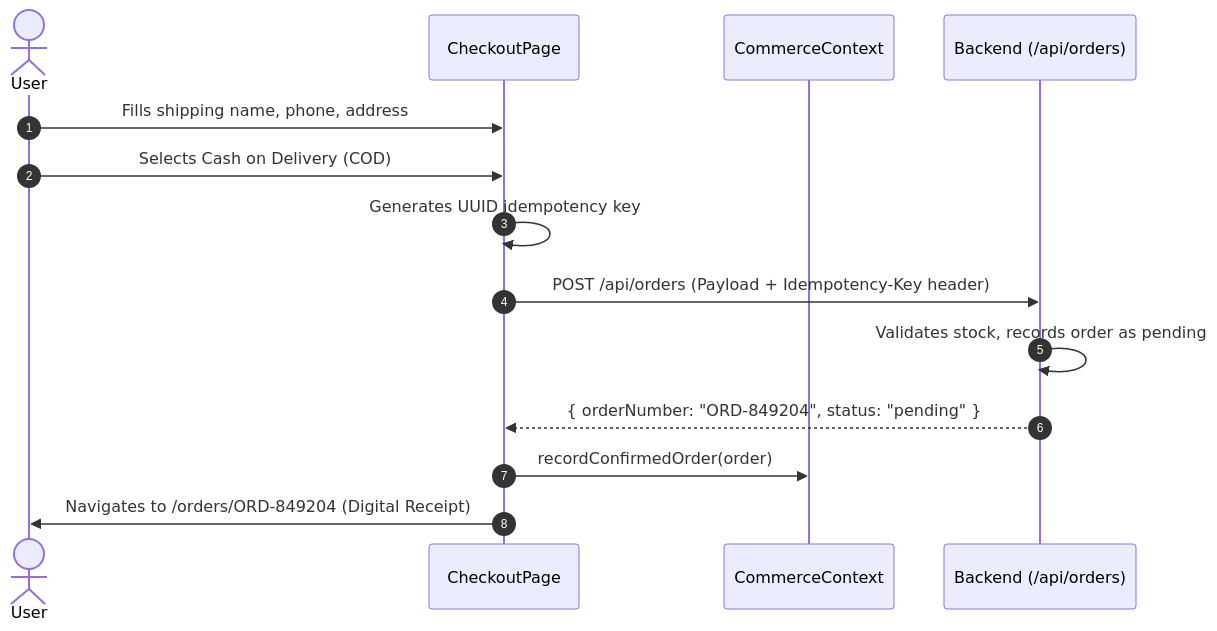
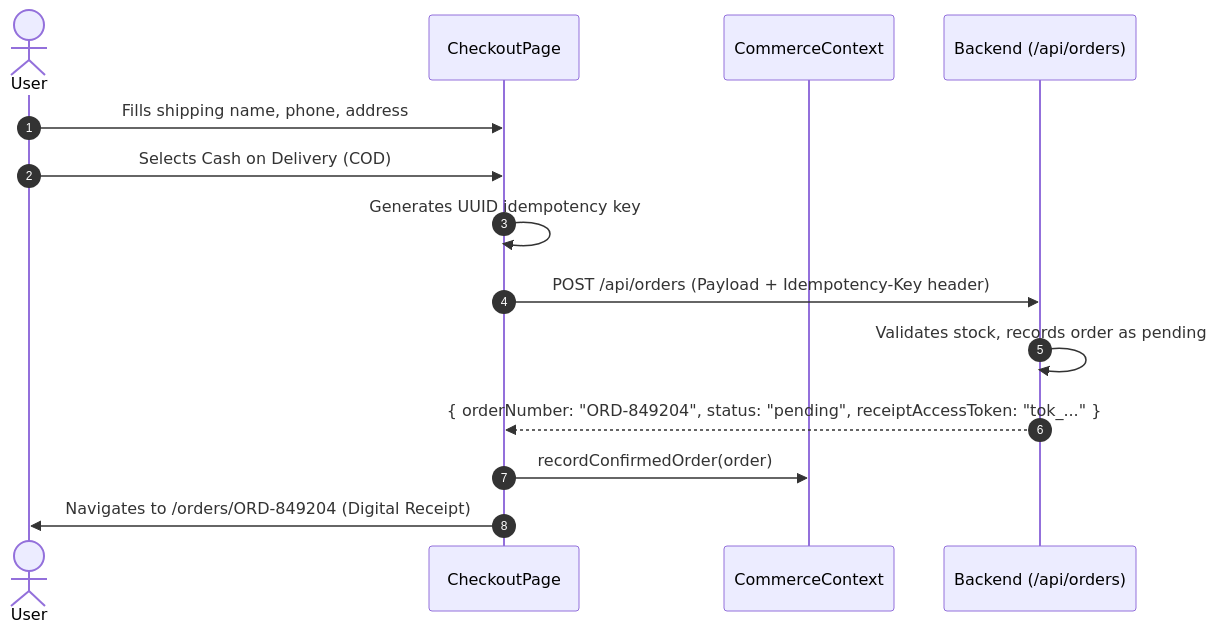
One commit to gamalwessam21/TryOnStudio changed the sixth of 11 diagrams in README.md. Above: the diagram before and after it, drawn with Mermaid. The commit also changed other lines of this file, not shown here.

Commit message:
docs: update README with verified architecture and project structure

````diff
--- a/README.md
+++ b/README.md
@@ -923,17 +384,17 @@
 ```mermaid
 sequenceDiagram
     autonumber
     actor User
     participant Page as CheckoutPage
     participant CommCtx as CommerceContext
     participant Backend as Backend (/api/orders)
 
     User->>Page: Fills shipping name, phone, address
     User->>Page: Selects Cash on Delivery (COD)
     Page->>Page: Generates UUID idempotency key
     Page->>Backend: POST /api/orders (Payload + Idempotency-Key header)
     Backend->>Backend: Validates stock, records order as pending
-    Backend-->>Page: { orderNumber: "ORD-849204", status: "pending" }
+    Backend-->>Page: { orderNumber: "ORD-849204", status: "pending", receiptAccessToken: "tok_..." }
     Page->>CommCtx: recordConfirmedOrder(order)
     Page->>User: Navigates to /orders/ORD-849204 (Digital Receipt)
 ```
````
